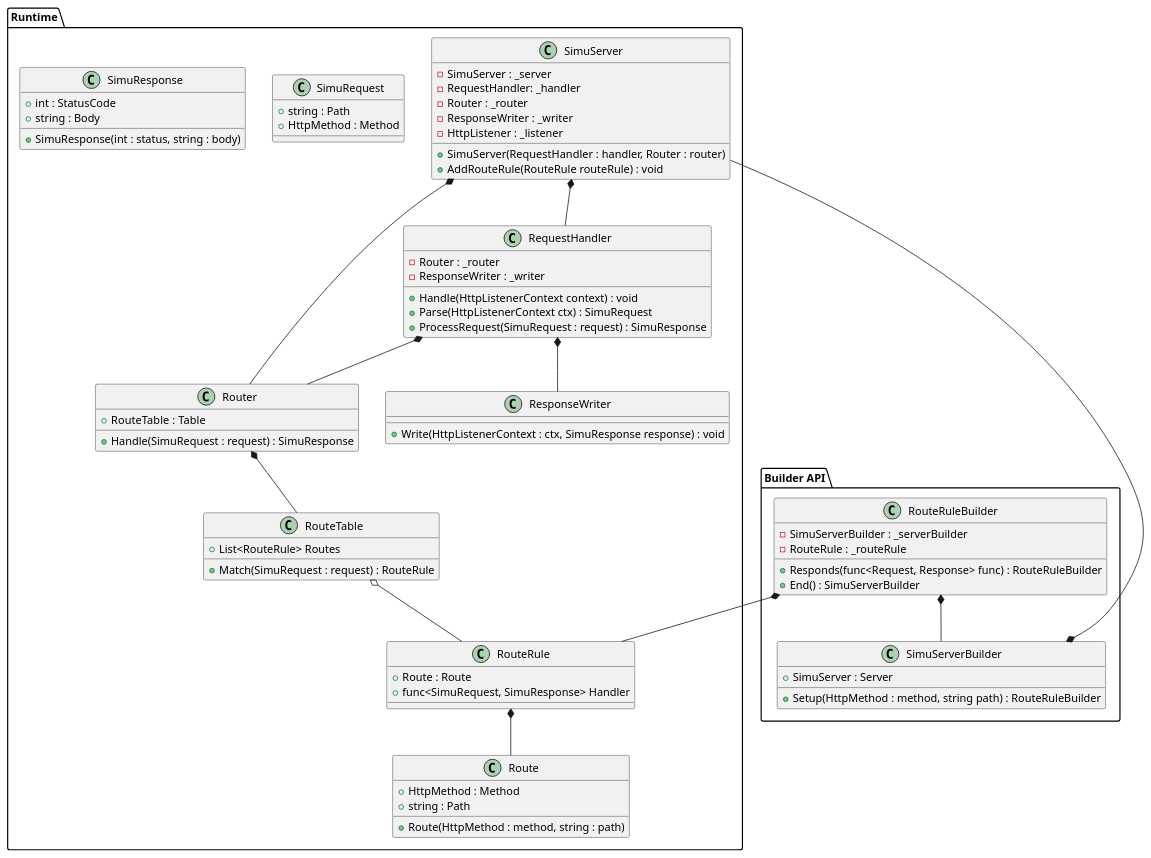
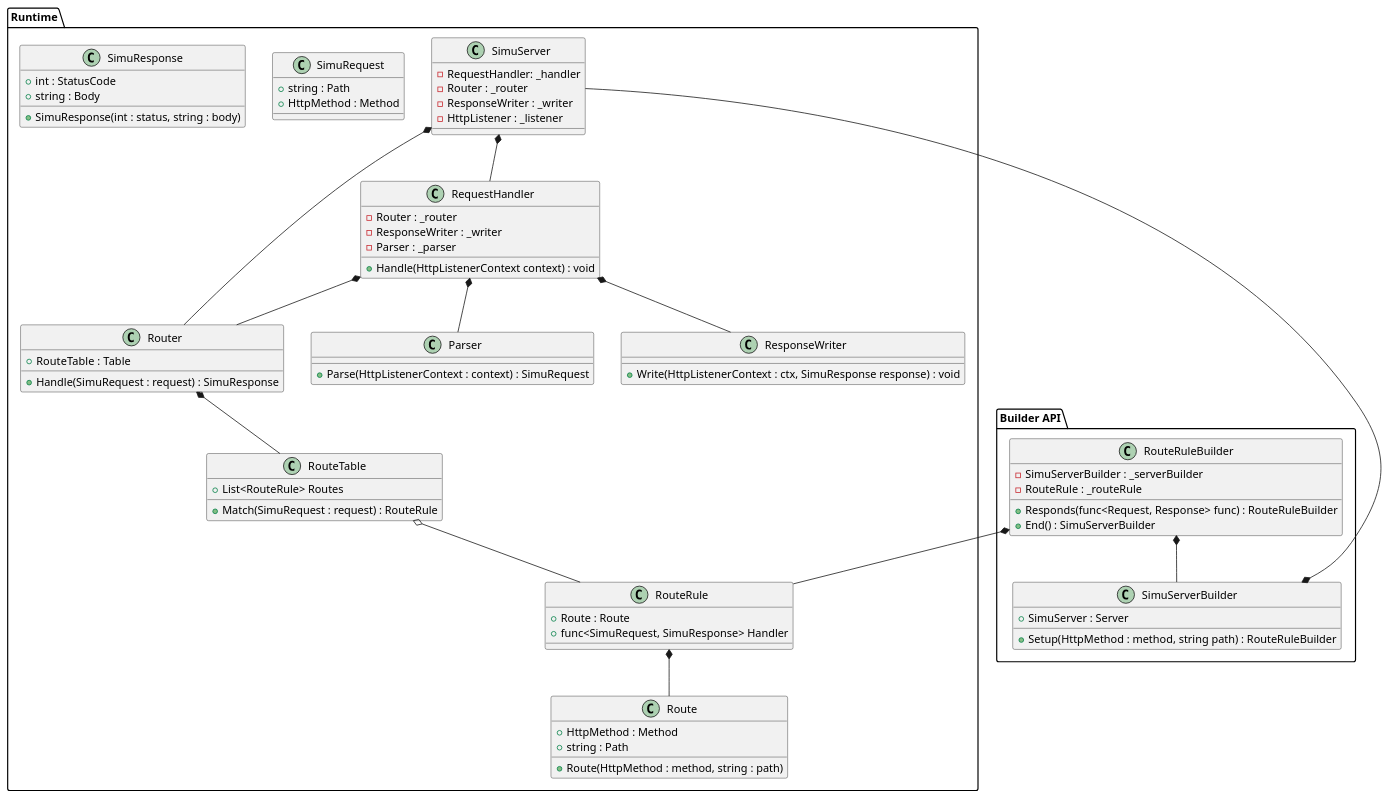
Before and after one commit to Addurezz/SimuRest: the diagram in SimuRest.Core/docs/Class.puml, drawn with PlantUML. The commit also changed 18 other files, not shown here.

```diff
--- a/SimuRest.Core/docs/Class.puml
+++ b/SimuRest.Core/docs/Class.puml
@@ -1,100 +1,100 @@
 @startuml
 'https://plantuml.com/class-diagram
 
 top to bottom direction
 
 package "Runtime" {
     class SimuServer {
-        - SimuServer : _server
         - RequestHandler: _handler
         - Router : _router
         - ResponseWriter : _writer
         - HttpListener : _listener
-        
-        + SimuServer(RequestHandler : handler, Router : router)
-        + AddRouteRule(RouteRule routeRule) : void
     }
     
     class Router {
         + RouteTable : Table
     
         + Handle(SimuRequest : request) : SimuResponse
     }
     
     class RouteTable {
         + List<RouteRule> Routes
         
         + Match(SimuRequest : request) : RouteRule
     }
     
     class Route {
         + HttpMethod : Method
         + string : Path
         
         + Route(HttpMethod : method, string : path)
     }
     
     class RouteRule {
         + Route : Route
         + func<SimuRequest, SimuResponse> Handler
     }
     
     
     class SimuRequest {
         + string : Path
         + HttpMethod : Method
     }
     
     class RequestHandler {
         - Router : _router
         - ResponseWriter : _writer
+        - Parser : _parser
     
         + Handle(HttpListenerContext context) : void
-        + Parse(HttpListenerContext ctx) : SimuRequest
-        + ProcessRequest(SimuRequest : request) : SimuResponse
+    }
+    
+    class Parser {
+        + Parse(HttpListenerContext : context) : SimuRequest
     }
     
     class ResponseWriter {
         + Write(HttpListenerContext : ctx, SimuResponse response) : void
     }
     
     class SimuResponse {
         + int : StatusCode
         + string : Body
         
         + SimuResponse(int : status, string : body)
     }
 }
 
 package "Builder API" {
     class SimuServerBuilder {
         + SimuServer : Server
         + Setup(HttpMethod : method, string path) : RouteRuleBuilder
     }
     
     class RouteRuleBuilder {
         - SimuServerBuilder : _serverBuilder
         - RouteRule : _routeRule
         
         + Responds(func<Request, Response> func) : RouteRuleBuilder
         + End() : SimuServerBuilder
     }
 }
 
 SimuServer --* SimuServerBuilder
 RouteRuleBuilder *-- SimuServerBuilder
 
 RouteRuleBuilder *-- RouteRule
 RouteRule *-- Route
 
 RequestHandler *-- Router
 Router *-- RouteTable
 RequestHandler *-- ResponseWriter
+RequestHandler *-- Parser
 
 SimuServer *-- RequestHandler
 SimuServer *-- Router
 
 RouteTable o-- RouteRule
 
 
 @enduml
```
